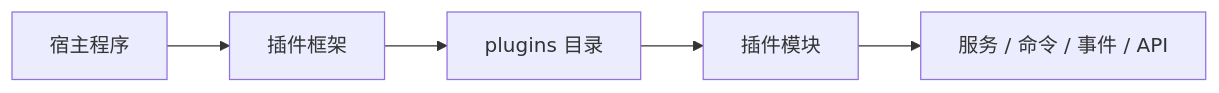
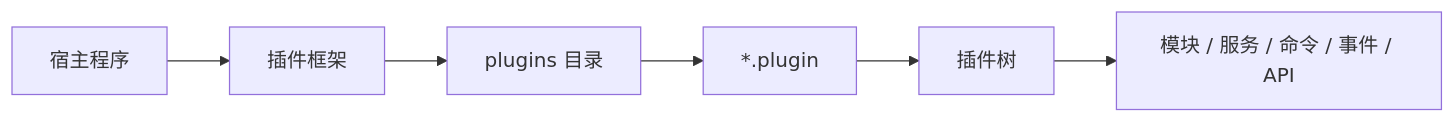
The diagram in framework/plugins/README.md (Zongsoft/documentation.zh), drawn with Mermaid before and after one commit. The commit also changed other lines of this file and 14 other files, not shown here.

````diff
--- a/framework/plugins/README.md
+++ b/framework/plugins/README.md
@@ -22,7 +23,8 @@
 ```mermaid
 flowchart LR
-    A["宿主程序"] --> B["插件框架"]
-    B --> C["plugins 目录"]
-    C --> D["插件模块"]
-    D --> E["服务 / 命令 / 事件 / API"]
+	A["宿主程序"] --> B["插件框架"]
+	B --> C["plugins 目录"]
+	C --> D["*.plugin"]
+	D --> E["插件树"]
+	E --> F["模块 / 服务 / 命令 / 事件 / API"]
 ```
````
